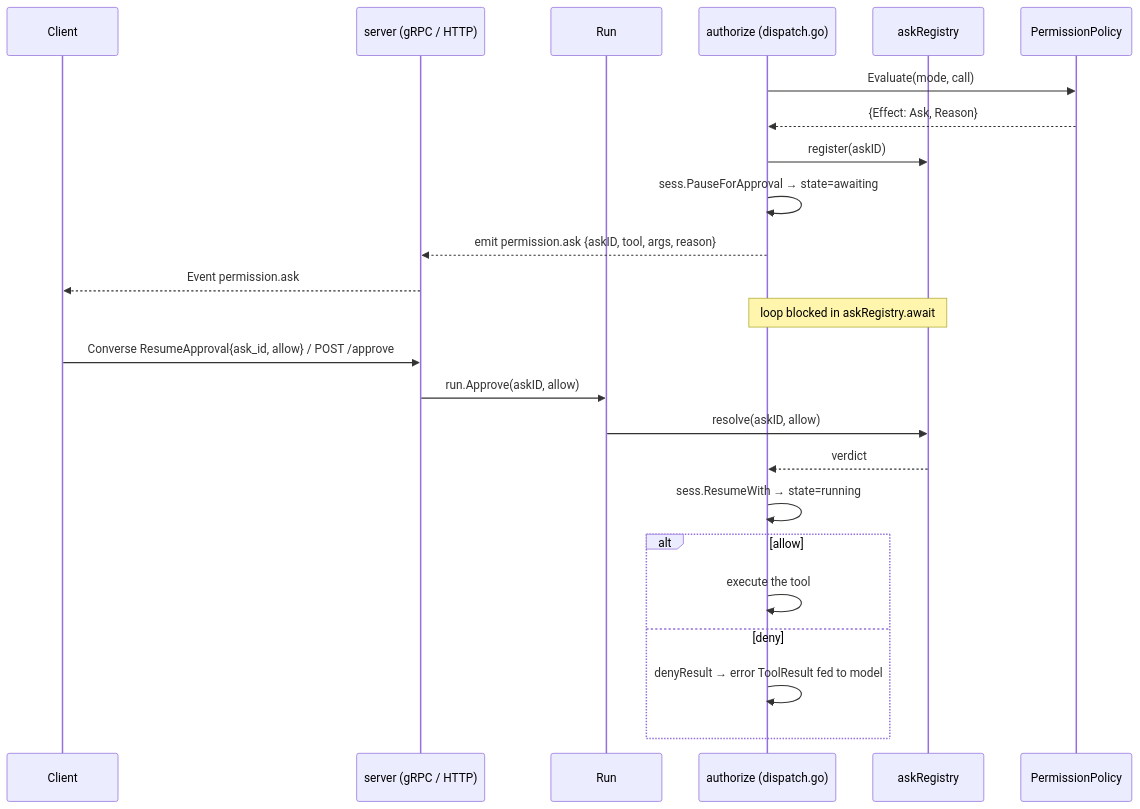
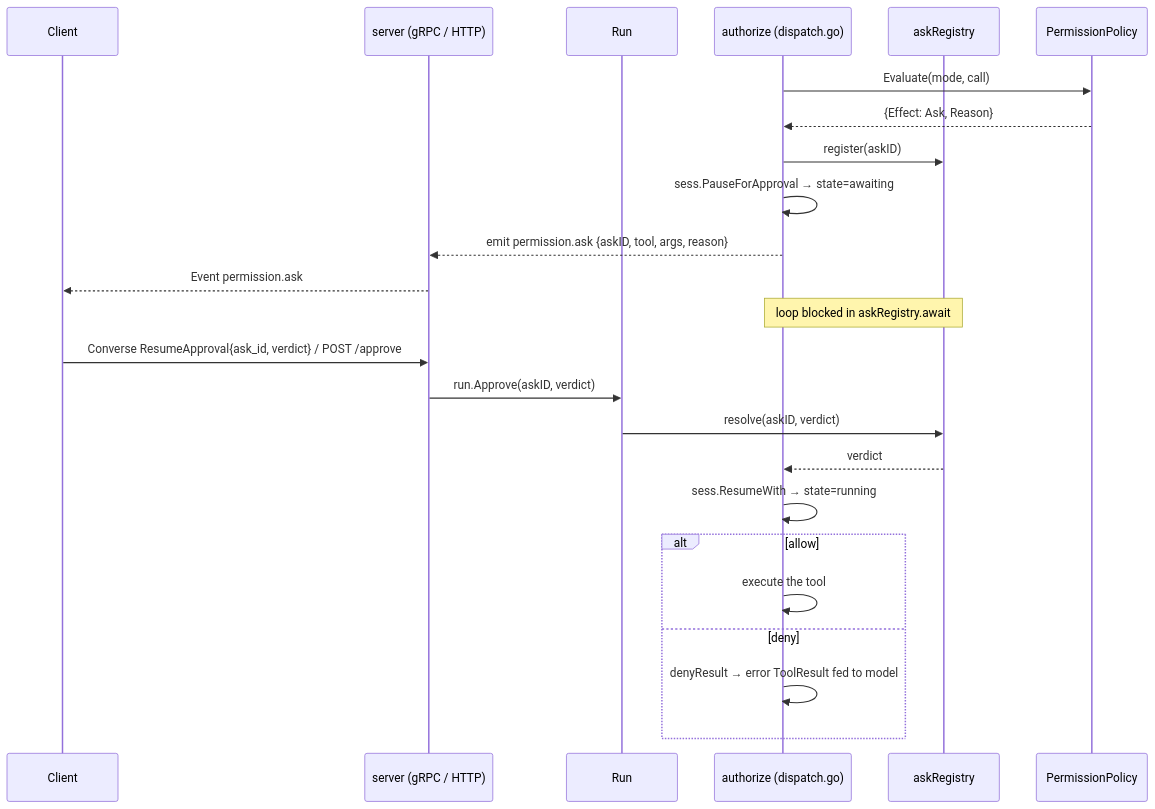
Before and after one commit to sabbanis/mecatl: the fourth of 4 diagrams in docs/architecture.md, drawn with Mermaid. The commit also changed other lines of this file and 24 other files, not shown here.

````diff
--- a/docs/architecture.md
+++ b/docs/architecture.md
@@ -472,26 +508,26 @@
 ```mermaid
 sequenceDiagram
   participant Cl as Client
   participant Sv as server (gRPC / HTTP)
   participant R as Run
   participant A as authorize (dispatch.go)
   participant Reg as askRegistry
   participant P as PermissionPolicy
   A->>P: Evaluate(mode, call)
   P-->>A: {Effect: Ask, Reason}
   A->>Reg: register(askID)
   A->>A: sess.PauseForApproval → state=awaiting
   A-->>Sv: emit permission.ask {askID, tool, args, reason}
   Sv-->>Cl: Event permission.ask
   Note over A,Reg: loop blocked in askRegistry.await
-  Cl->>Sv: Converse ResumeApproval{ask_id, allow}  /  POST /approve
-  Sv->>R: run.Approve(askID, allow)
-  R->>Reg: resolve(askID, allow)
+  Cl->>Sv: Converse ResumeApproval{ask_id, verdict}  /  POST /approve
+  Sv->>R: run.Approve(askID, verdict)
+  R->>Reg: resolve(askID, verdict)
   Reg-->>A: verdict
   A->>A: sess.ResumeWith → state=running
   alt allow
     A->>A: execute the tool
   else deny
     A->>A: denyResult → error ToolResult fed to model
   end
 ```
````
